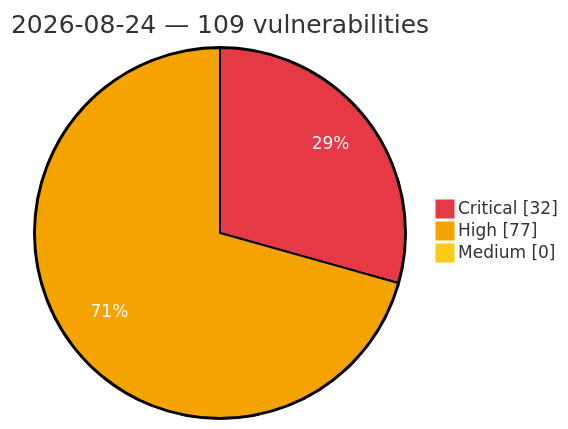
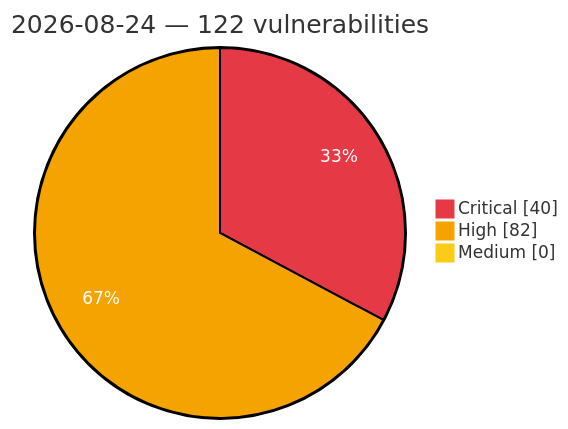
Before and after one commit to GhostX0X/vuln-tracker: the diagram in vulnerabilities/2026/August/2026-08-24.md, drawn with Mermaid. The commit also changed other lines of this file and 5 other files, not shown here.

Commit message:
Auto update: critical/high vulns (2026-08-24 22:43 UTC)

````diff
--- a/vulnerabilities/2026/August/2026-08-24.md
+++ b/vulnerabilities/2026/August/2026-08-24.md
@@ -3,8 +3,8 @@
 ```mermaid
 %%{init: {'theme':'base', 'themeVariables': {'pie1':'#e63946', 'pie2':'#f4a300', 'pie3':'#facc15', 'pieOpacity':'1', 'pieOuterStrokeWidth':'2px', 'pieSectionTextColor':'#ffffff'}}}%%
 pie showData
-    title 2026-08-24 — 109 vulnerabilities
-    "Critical" : 32
-    "High" : 77
+    title 2026-08-24 — 122 vulnerabilities
+    "Critical" : 40
+    "High" : 82
     "Medium" : 0
 ```
````
